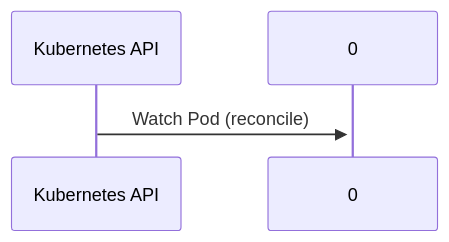
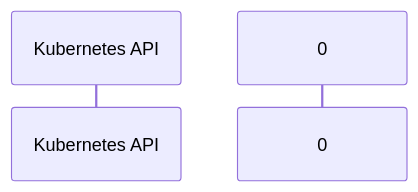
The diagram in site/docs/rhoai-platform/components/llm_d_kv_cache/dataflow.md (ugiordan/architecture-analyzer), drawn with Mermaid before and after one commit. The commit also changed other lines of this file and 299 other files, not shown here.

````diff
--- a/site/docs/rhoai-platform/components/llm_d_kv_cache/dataflow.md
+++ b/site/docs/rhoai-platform/components/llm_d_kv_cache/dataflow.md
@@ -15,9 +13,7 @@
 ```mermaid
 sequenceDiagram
     %% Static dataflow for llm-d-kv-cache
 
     participant KubernetesAPI as Kubernetes API
     participant n_0 as 0
-
-    KubernetesAPI->>+n_0: Watch Pod (reconcile)
 ```
````
